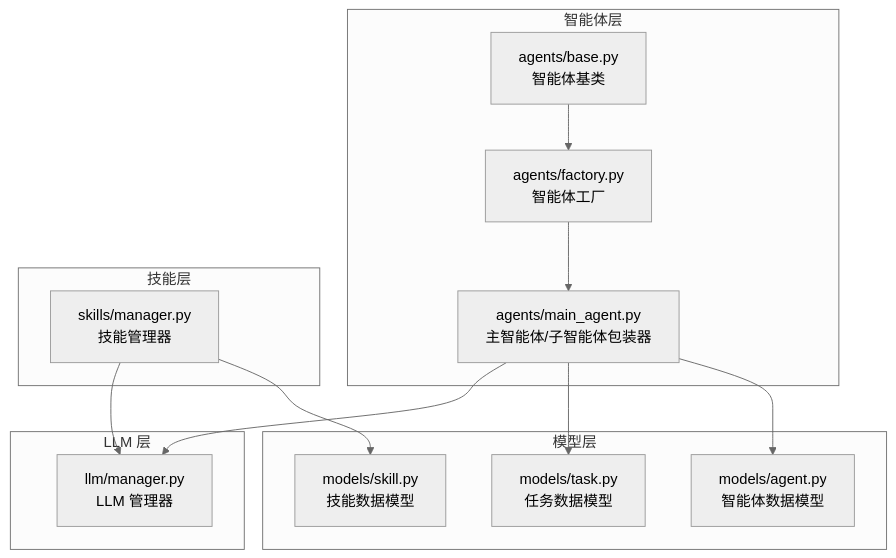
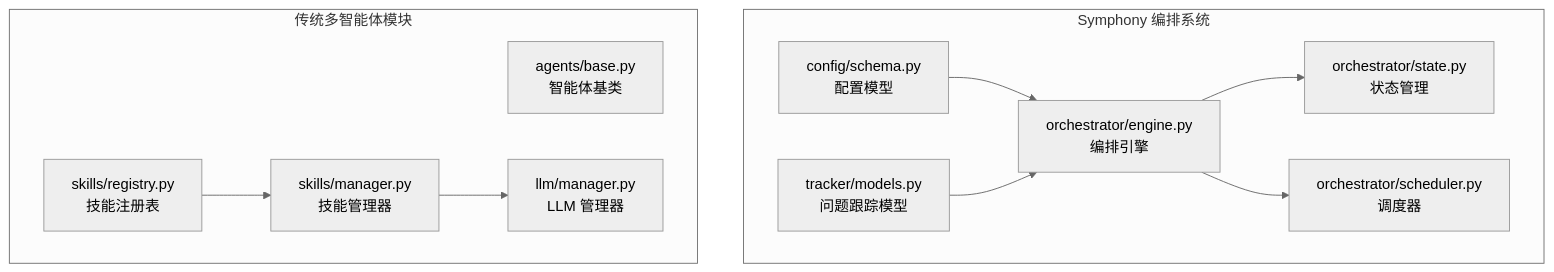
The first of 6 diagrams in .qoder/repowiki/zh/content/多智能体系统/多智能体系统.md (xinetzone/tao), drawn with Mermaid (neutral theme) before and after one commit. The commit also changed other lines of this file and 5 other files, not shown here.

````diff
--- a/.qoder/repowiki/zh/content/多智能体系统/多智能体系统.md
+++ b/.qoder/repowiki/zh/content/多智能体系统/多智能体系统.md
@@ -44,26 +73,22 @@
 ```mermaid
 graph TB
-subgraph "智能体层"
-A["agents/base.py<br/>智能体基类"]
-B["agents/factory.py<br/>智能体工厂"]
-C["agents/main_agent.py<br/>主智能体/子智能体包装器"]
+subgraph "Symphony 编排系统"
+A["orchestrator/engine.py<br/>编排引擎"]
+B["orchestrator/state.py<br/>状态管理"]
+C["orchestrator/scheduler.py<br/>调度器"]
+D["config/schema.py<br/>配置模型"]
+E["tracker/models.py<br/>问题跟踪模型"]
 end
-subgraph "模型层"
-D["models/agent.py<br/>智能体数据模型"]
-E["models/skill.py<br/>技能数据模型"]
-F["models/task.py<br/>任务数据模型"]
-end
-subgraph "LLM 层"
-G["llm/manager.py<br/>LLM 管理器"]
-end
-subgraph "技能层"
-H["skills/manager.py<br/>技能管理器"]
+subgraph "传统多智能体模块"
+F["agents/base.py<br/>智能体基类"]
+G["skills/manager.py<br/>技能管理器"]
+H["skills/registry.py<br/>技能注册表"]
+I["llm/manager.py<br/>LLM 管理器"]
 end
 A --> B
-B --> C
-C --> D
-C --> F
-C --> G
-H --> E
+A --> C
+D --> A
+E --> A
+G --> I
 H --> G
 ```
````
